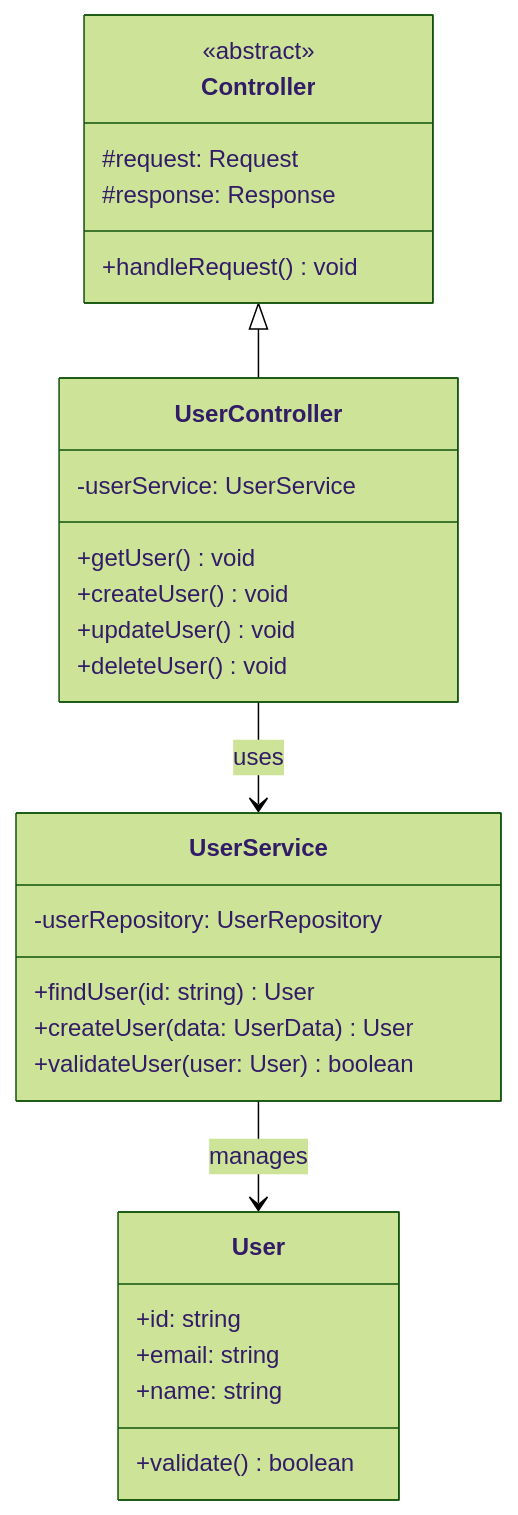
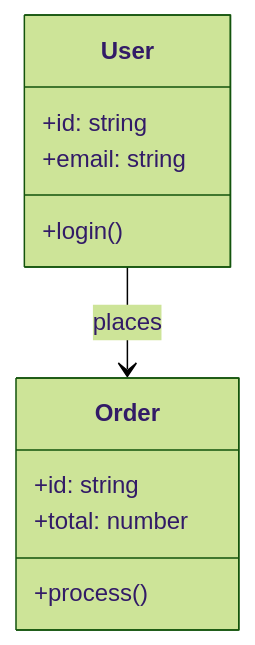
The third of 9 diagrams in .cursor/agents/development/mermaid-specialist.md (marciocar/onion-cursor), drawn with Mermaid (forest theme) before and after one commit. The commit also changed other lines of this file and 207 other files, not shown here.

````diff
--- a/.cursor/agents/development/mermaid-specialist.md
+++ b/.cursor/agents/development/mermaid-specialist.md
@@ -472,35 +102,16 @@
 ```mermaid
 classDiagram
-    class Controller {
-        <<abstract>>
-        #request: Request
-        #response: Response
-        +handleRequest() void
-    }
-    
-    class UserController {
-        -userService: UserService
-        +getUser() void
-        +createUser() void
-        +updateUser() void
-        +deleteUser() void
-    }
-    
-    class UserService {
-        -userRepository: UserRepository
-        +findUser(id: string) User
-        +createUser(data: UserData) User
-        +validateUser(user: User) boolean
-    }
-    
     class User {
         +id: string
         +email: string
-        +name: string
-        +validate() boolean
+        +login()
     }
     
-    Controller <|-- UserController
-    UserController --> UserService : uses
-    UserService --> User : manages
+    class Order {
+        +id: string
+        +total: number
+        +process()
+    }
+    
+    User --> Order : places
 ```
````
